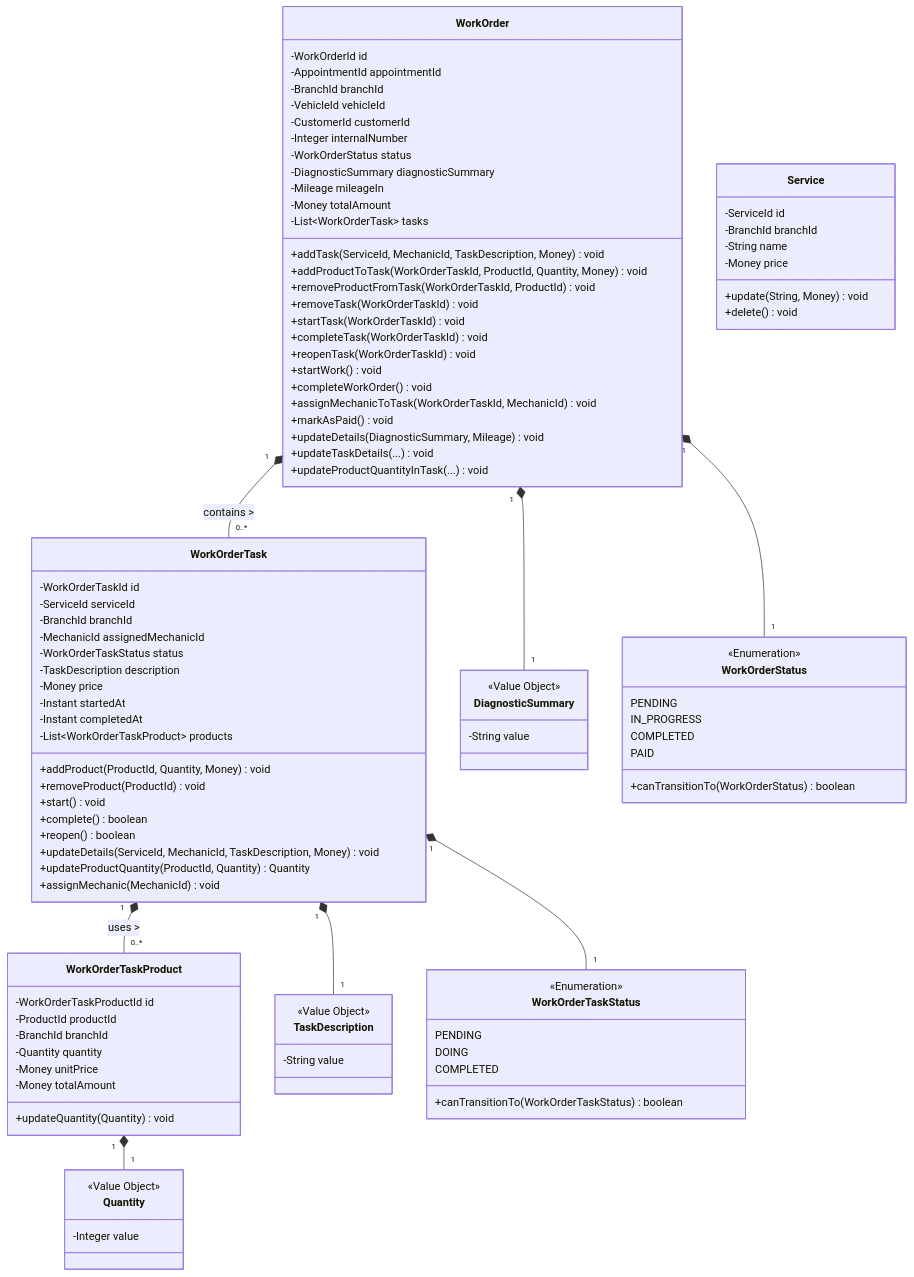
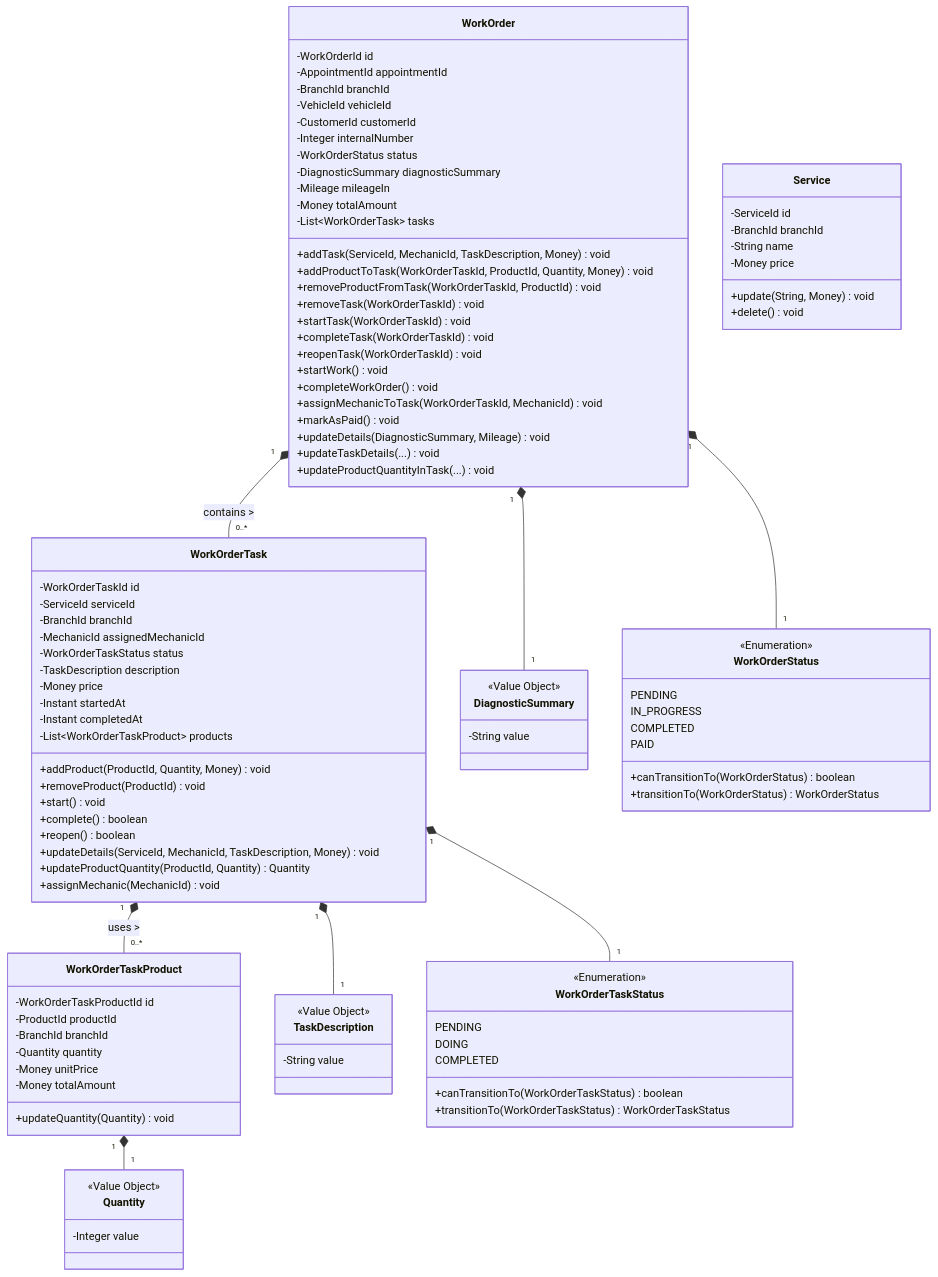
One commit to tux-logic/shiftiq-platform changed the first of 7 diagrams in docs/operations-bounded-context-dictionary.md. Above: the diagram before and after it, drawn with Mermaid. The commit also changed other lines of this file, not shown here.

Commit message:
docs(operations): align aggregate methods, sealed failure ADTs, and UML diagrams with Java codebase.

```diff
--- a/docs/operations-bounded-context-dictionary.md
+++ b/docs/operations-bounded-context-dictionary.md
@@ -102,6 +102,7 @@
         COMPLETED
         PAID
         +canTransitionTo(WorkOrderStatus) boolean
+        +transitionTo(WorkOrderStatus) WorkOrderStatus
     }
 
     class WorkOrderTaskStatus {
@@ -110,6 +111,7 @@
         DOING
         COMPLETED
         +canTransitionTo(WorkOrderTaskStatus) boolean
+        +transitionTo(WorkOrderTaskStatus) WorkOrderTaskStatus
     }
 
     WorkOrder "1" *-- "0..*" WorkOrderTask : contains >
```
